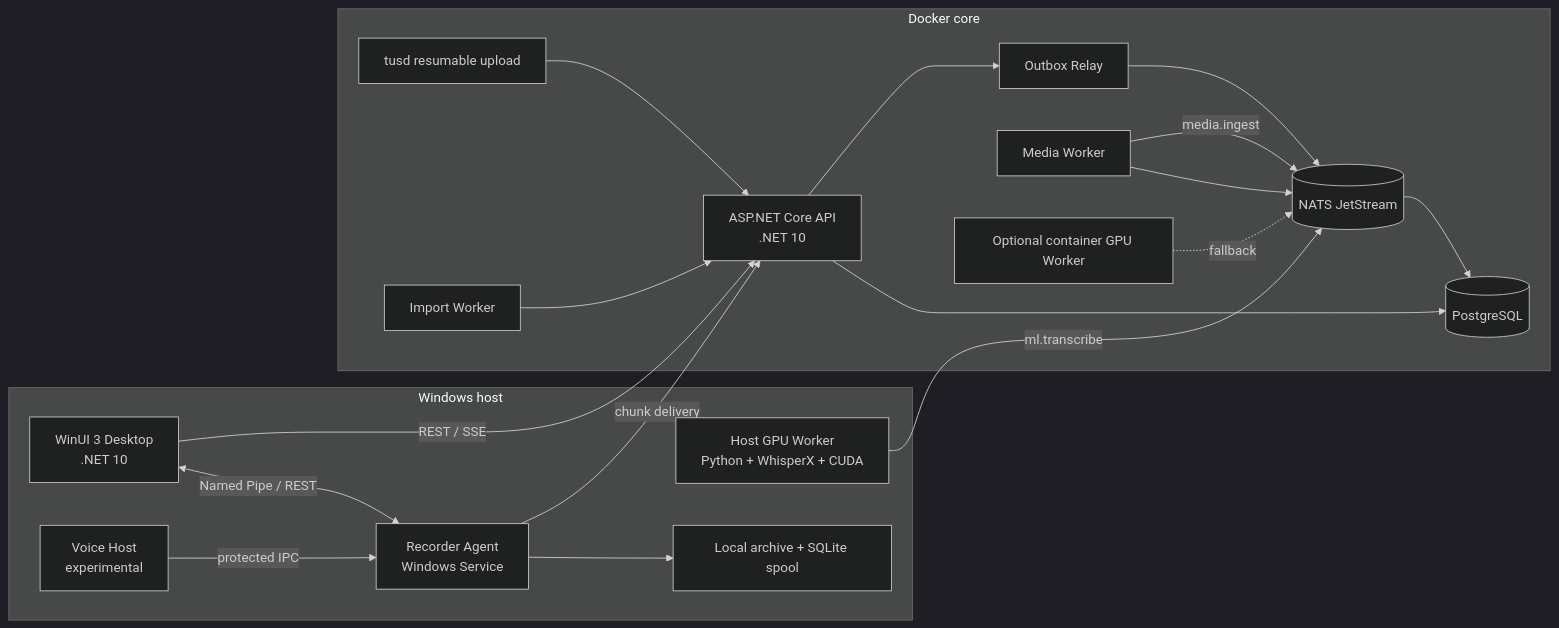
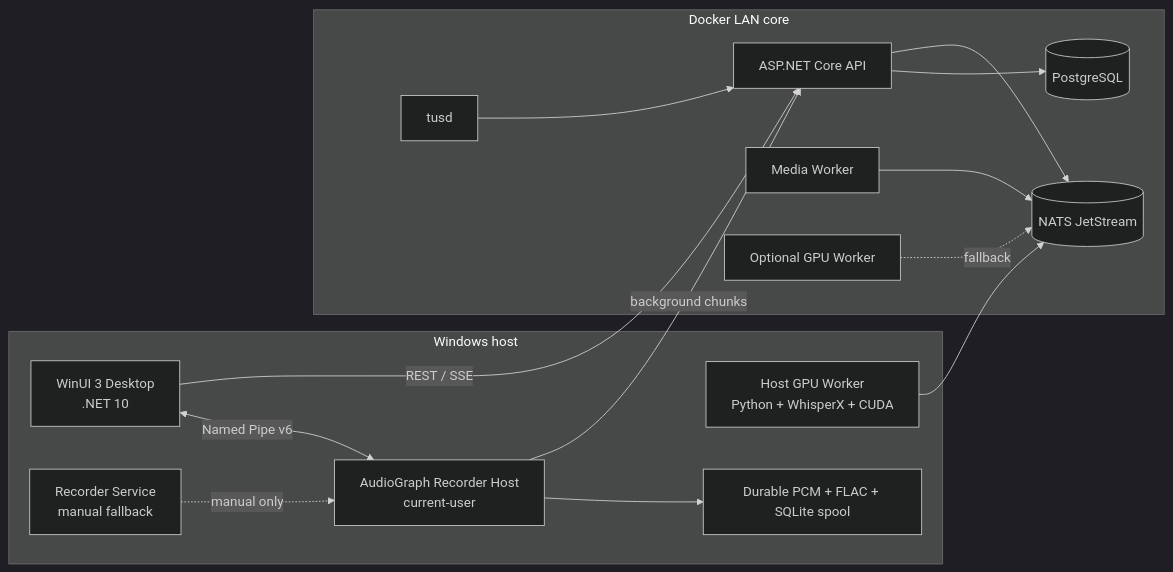
Before and after one commit to SistemnyGod/WhisperX_Atom: the diagram in docs/architecture-current.md, drawn with Mermaid (dark theme). The commit also changed other lines of this file and 9 other files, not shown here.

````diff
--- a/docs/architecture-current.md
+++ b/docs/architecture-current.md
@@ -5,37 +5,29 @@
 ```mermaid
 flowchart LR
   subgraph Windows[Windows host]
     Desktop[WinUI 3 Desktop\n.NET 10]
-    Agent[Recorder Agent\nWindows Service]
-    Voice[Voice Host\nexperimental]
+    Host[AudioGraph Recorder Host\ncurrent-user]
+    Legacy[Recorder Service\nmanual fallback]
     GPU[Host GPU Worker\nPython + WhisperX + CUDA]
-    Archive[Local archive + SQLite spool]
+    Archive[Durable PCM + FLAC + SQLite spool]
   end
-
-  subgraph Docker[Docker core]
-    API[ASP.NET Core API\n.NET 10]
+  subgraph Docker[Docker LAN core]
+    API[ASP.NET Core API]
     DB[(PostgreSQL)]
     NATS[(NATS JetStream)]
-    TUS[tusd resumable upload]
-    Outbox[Outbox Relay]
-    Import[Import Worker]
+    TUS[tusd]
     Media[Media Worker]
-    ContainerGPU[Optional container GPU Worker]
+    ContainerGPU[Optional GPU Worker]
   end
-
-  Desktop <-->|Named Pipe / REST| Agent
-  Voice -->|protected IPC| Agent
-  Agent --> Archive
-  Agent -->|chunk delivery| API
+  Desktop <-->|Named Pipe v6| Host
+  Legacy -.->|manual only| Host
+  Host --> Archive
+  Host -->|background chunks| API
   Desktop -->|REST / SSE| API
+  API --> DB
+  API --> NATS
   TUS --> API
-  API --> DB
-  API --> Outbox
-  Outbox --> NATS
-  Import --> API
   Media --> NATS
-  Media -->|media.ingest| NATS
-  GPU -->|ml.transcribe| NATS
+  GPU --> NATS
   ContainerGPU -. fallback .-> NATS
-  NATS --> DB
 ```
````
